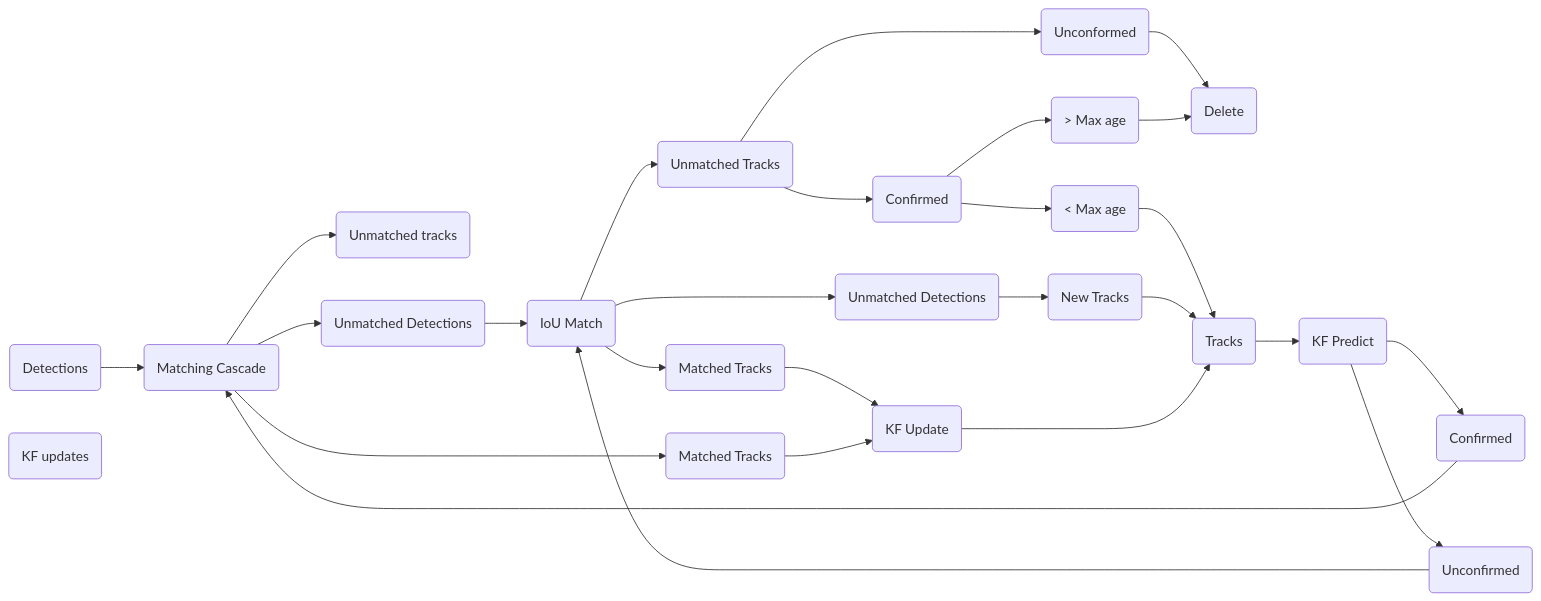
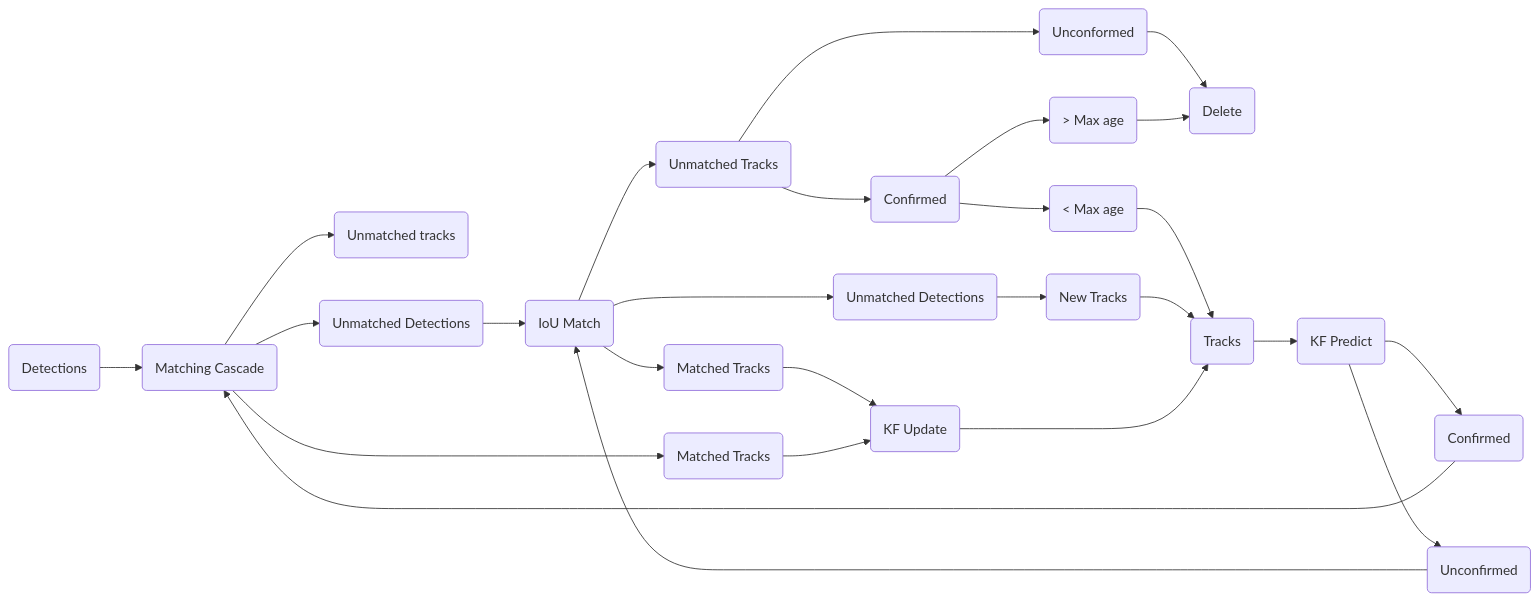
One commit to qiaolinhan/giao changed the third of 3 diagrams in havingfun/tracking/DeepSORT/learn_deepsort.md. Above: the diagram before and after it, drawn with Mermaid. The commit also changed other lines of this file and 10 other files, not shown here.

````diff
--- a/havingfun/tracking/DeepSORT/learn_deepsort.md
+++ b/havingfun/tracking/DeepSORT/learn_deepsort.md
@@ -149,49 +149,48 @@
 ```mermaid
 graph LR
 A(Detections)
 B(Matching Cascade)
 C(Unmatched tracks)
 D(Unmatched Detections)
 E(Matched Tracks)
 F(IoU Match)
 G(Unmatched Tracks)  
 H(Unmatched Detections) 
 I(Matched Tracks)
 J(Unconformed) 
 K(Confirmed)
 L(New Tracks)
 M(KF Update)
 N(Delete)
 O(> Max age)
 P(< Max age)
 Q(Tracks)
 R(KF Predict)
 S(Confirmed)
 T(Unconfirmed)
-U(KF updates)
 A --> B  
 B --> C  
 B --> D
 B --> E
 D --> F 
 F --> G  
 F --> H  
 F --> I  
 G --> J  
 G --> K  
 H --> L
 I --> M
 E --> M
 J --> N  
 K --> O  
 K --> P  
 O --> N  
 P --> Q  
 L --> Q  
 M --> Q
 Q --> R  
 R --> S  
 R --> T  
 S --> B  
 T --> F
 ```
````
